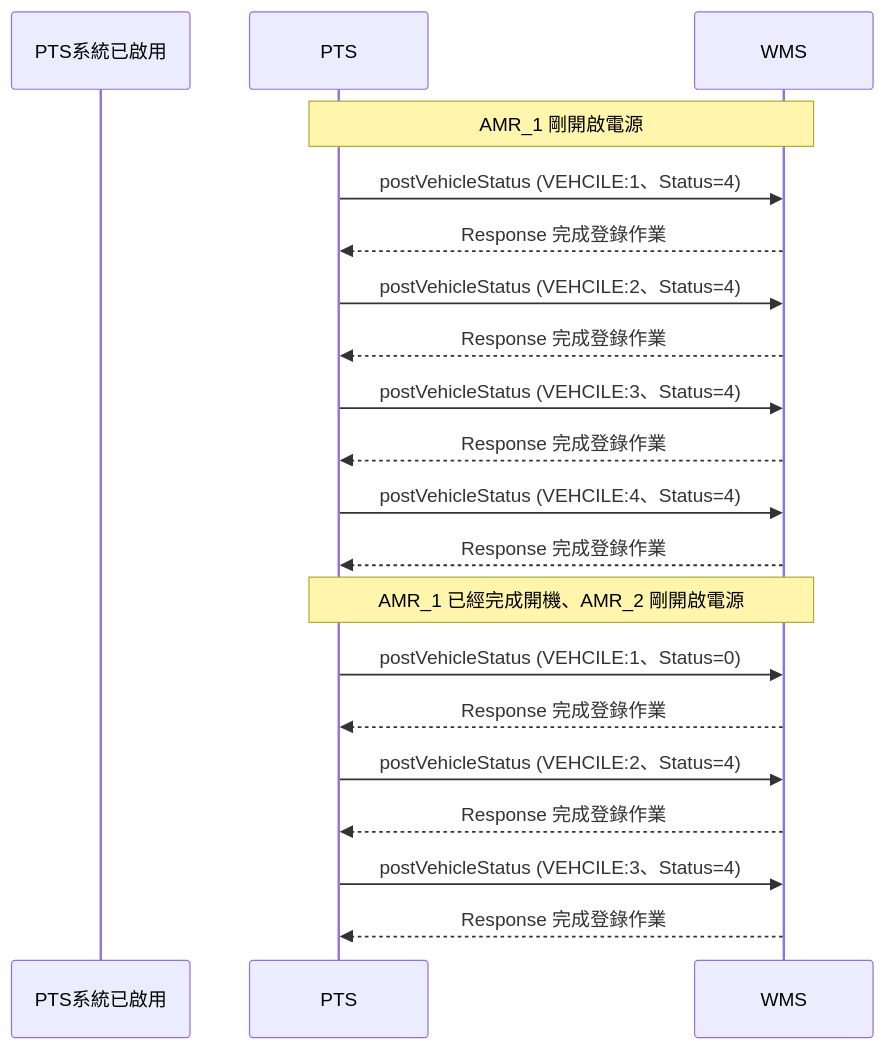
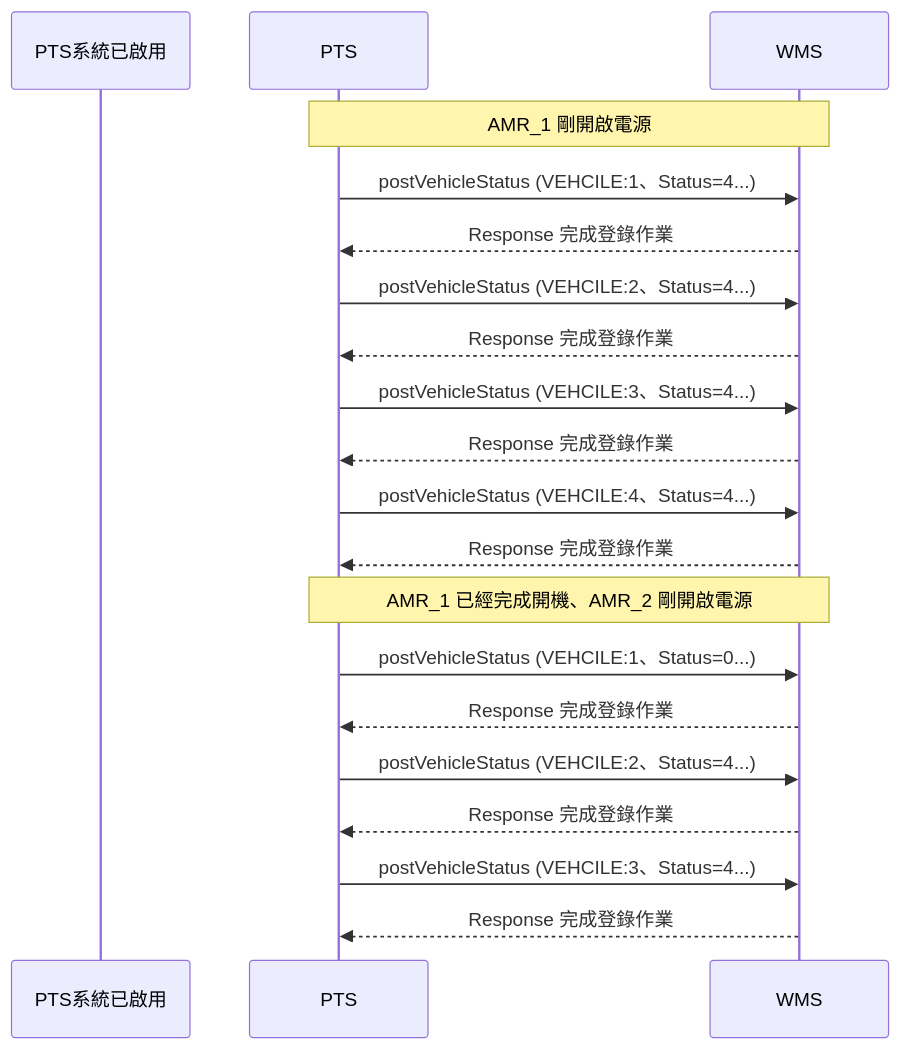
The fifth of 9 diagrams in README.md (athena-tircgo/amr-wms-lsj), drawn with Mermaid before and after one commit. The commit also changed other lines of this file, not shown here.

````diff
--- a/README.md
+++ b/README.md
@@ -309,25 +309,25 @@
 ```mermaid
 sequenceDiagram
     participant PTS系統已啟用
     participant PTS
     participant WMS
 
     note over PTS,WMS: AMR_1 剛開啟電源
-        PTS->>WMS: postVehicleStatus (VEHCILE:1、Status=4)
+        PTS->>WMS: postVehicleStatus (VEHCILE:1、Status=4...)
         WMS-->>PTS: Response 完成登錄作業
-        PTS->>WMS: postVehicleStatus (VEHCILE:2、Status=4)
+        PTS->>WMS: postVehicleStatus (VEHCILE:2、Status=4...)
         WMS-->>PTS: Response 完成登錄作業
-        PTS->>WMS: postVehicleStatus (VEHCILE:3、Status=4)
+        PTS->>WMS: postVehicleStatus (VEHCILE:3、Status=4...)
         WMS-->>PTS: Response 完成登錄作業
-        PTS->>WMS: postVehicleStatus (VEHCILE:4、Status=4)
+        PTS->>WMS: postVehicleStatus (VEHCILE:4、Status=4...)
         WMS-->>PTS: Response 完成登錄作業
 
     note over PTS,WMS: AMR_1 已經完成開機、AMR_2 剛開啟電源
-        PTS->>WMS: postVehicleStatus (VEHCILE:1、Status=0)
+        PTS->>WMS: postVehicleStatus (VEHCILE:1、Status=0...)
         WMS-->>PTS: Response 完成登錄作業
-        PTS->>WMS: postVehicleStatus (VEHCILE:2、Status=4)
+        PTS->>WMS: postVehicleStatus (VEHCILE:2、Status=4...)
         WMS-->>PTS: Response 完成登錄作業
-        PTS->>WMS: postVehicleStatus (VEHCILE:3、Status=4)
+        PTS->>WMS: postVehicleStatus (VEHCILE:3、Status=4...)
         WMS-->>PTS: Response 完成登錄作業
 
 ```
````
